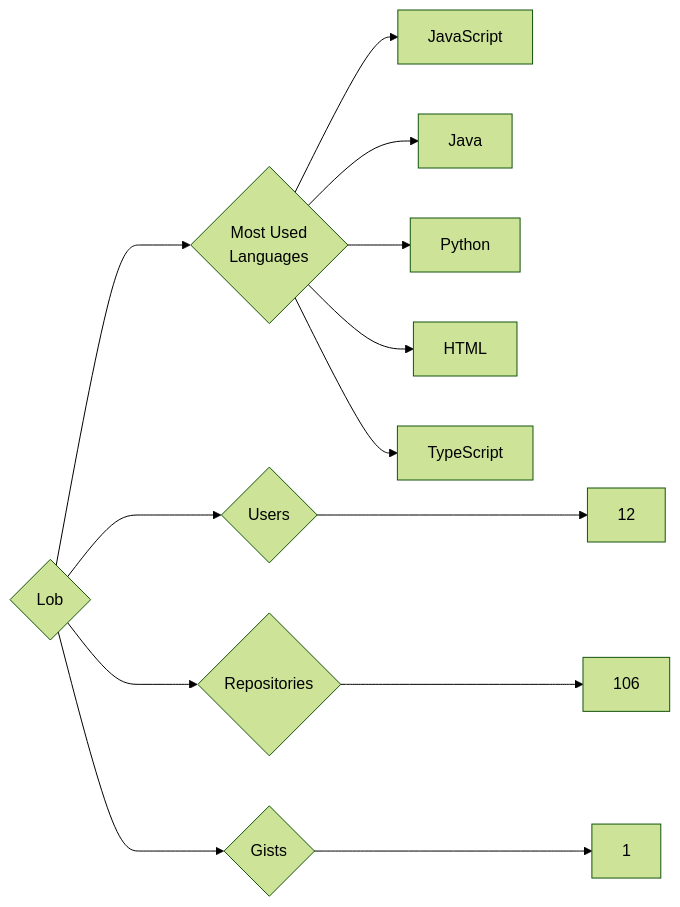
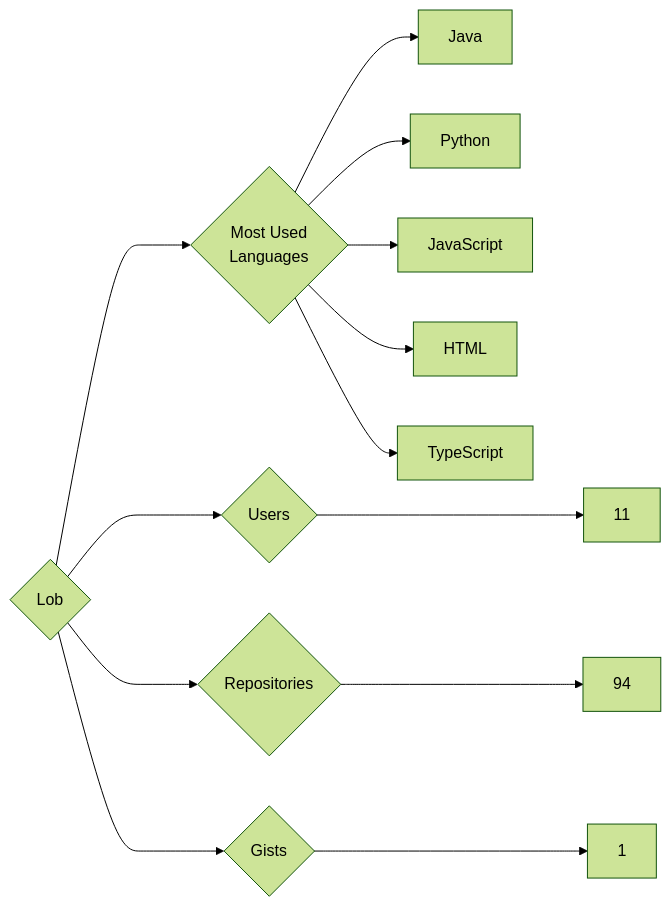
One commit to trickest/insiders changed the diagram in targets/Lob/README.md. Above: the diagram before and after it, drawn with Mermaid (forest theme). The commit also changed 721 other files, not shown here.

````diff
--- a/targets/Lob/README.md
+++ b/targets/Lob/README.md
@@ -3,13 +3,13 @@
 ```mermaid
 graph LR
 COMPANY_NAME{Lob}
-COMPANY_NAME ---> U{Users} ---> UN[12]
-COMPANY_NAME ---> R{Repositories} ---> RN[106]
+COMPANY_NAME ---> U{Users} ---> UN[11]
+COMPANY_NAME ---> R{Repositories} ---> RN[94]
 COMPANY_NAME ---> G{Gists} ---> GN[1]
 COMPANY_NAME ---> ML{Most Used<br>Languages}
-ML --> JavaScript[JavaScript]
 ML --> Java[Java]
 ML --> Python[Python]
+ML --> JavaScript[JavaScript]
 ML --> HTML[HTML]
 ML --> TypeScript[TypeScript]
 ```
````
